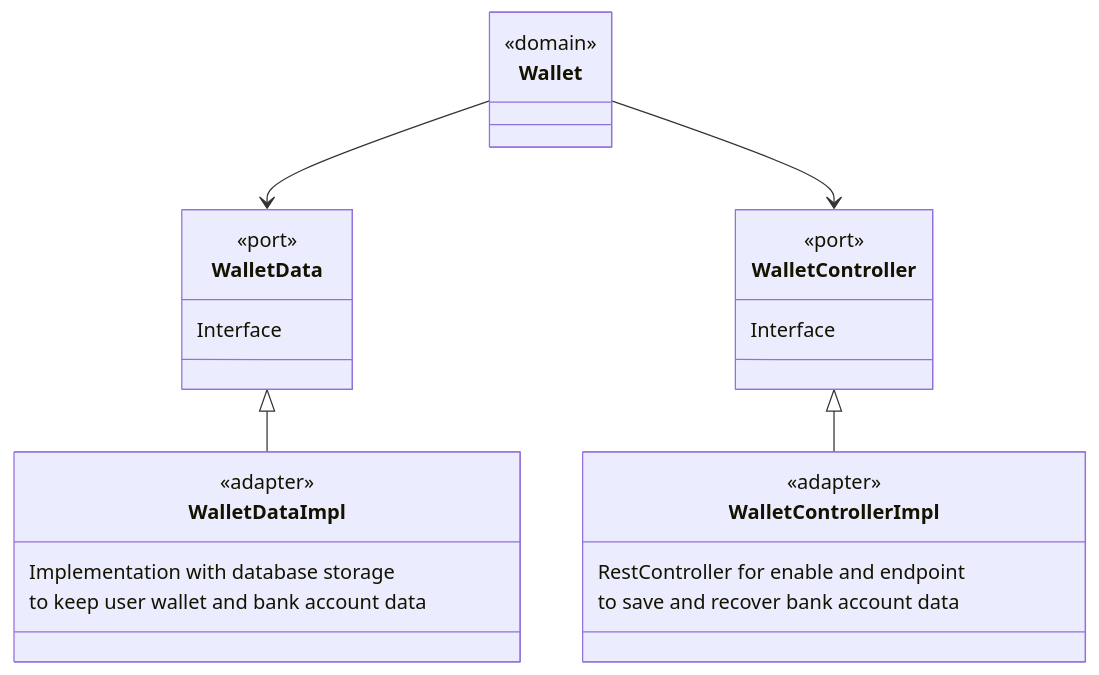
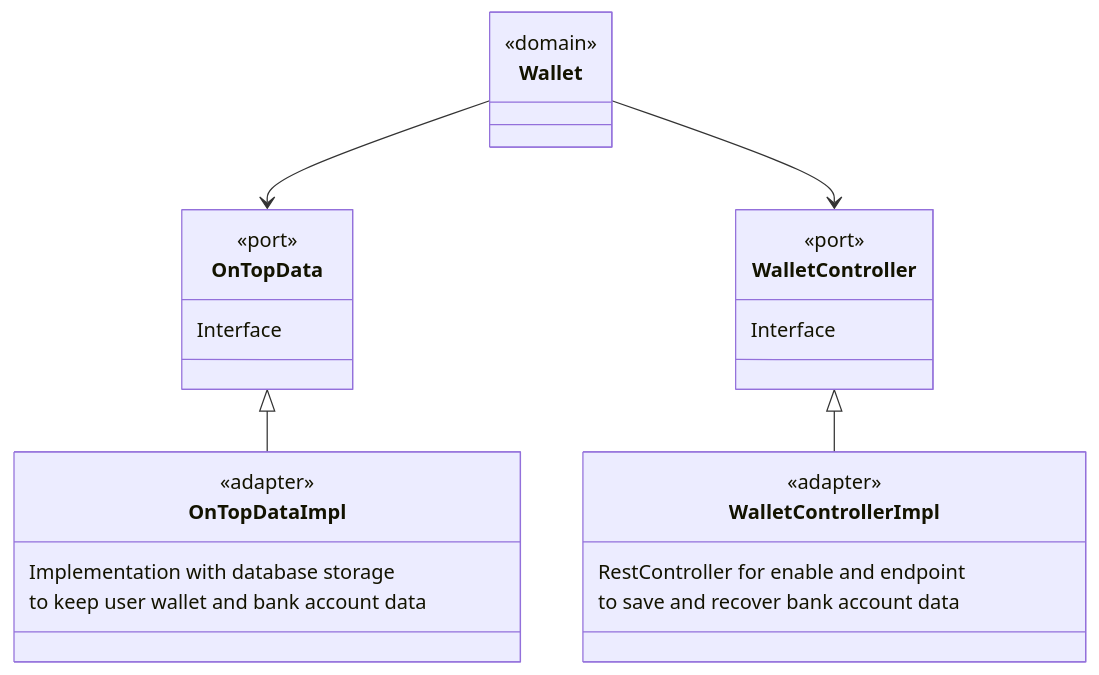
One commit to felipediazc/challenge changed the third of 7 diagrams in DESIGN.md. Above: the diagram before and after it, drawn with Mermaid. The commit also changed other lines of this file and 8 other files, not shown here.

````diff
--- a/DESIGN.md
+++ b/DESIGN.md
@@ -58,28 +58,28 @@
 ```mermaid
 classDiagram
-Wallet --> WalletData
+Wallet --> OnTopData
 Wallet --> WalletController
 WalletController <|-- WalletControllerImpl
-WalletData <|-- WalletDataImpl
+OnTopData <|-- OnTopDataImpl
 class Wallet {
   <<domain>>
 }
-class WalletData {
+class OnTopData {
   <<port>>
   Interface
 }  
 class WalletController {
   <<port>>
   Interface
 }
 class WalletControllerImpl {
   <<adapter>>
   RestController for enable and endpoint
   to save and recover bank account data  
 }
-class WalletDataImpl {
+class OnTopDataImpl {
   <<adapter>>
   Implementation with database storage
   to keep user wallet and bank account data
 }
 ```
````
